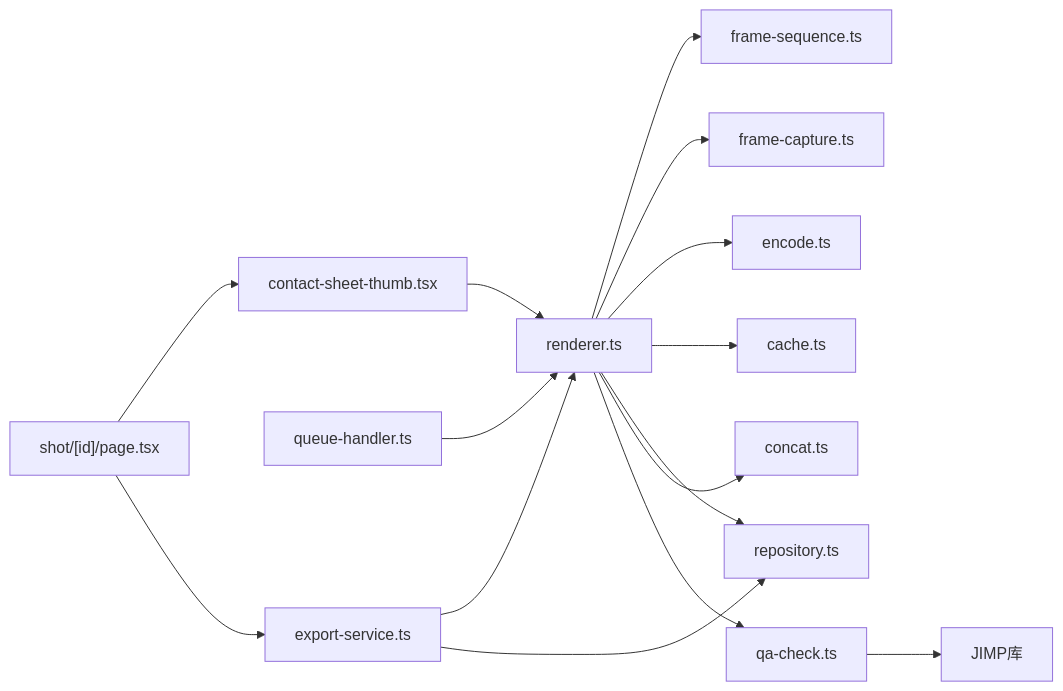
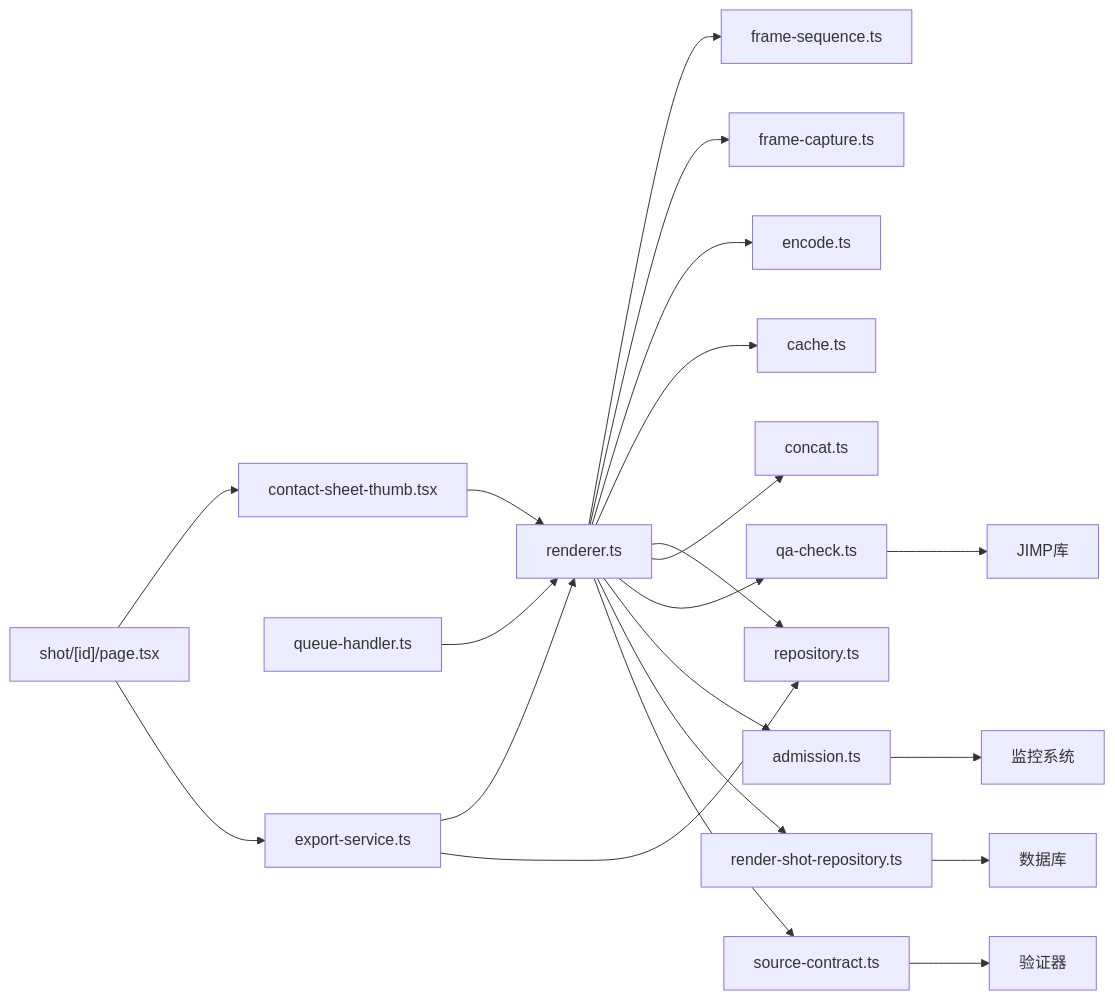
One commit to AIMFllyYS/code-video-canvas changed diagram 27 of 27 in .qoder/repowiki/zh/content/架构设计/核心模块设计/渲染引擎设计/渲染引擎设计.md. Above: the diagram before and after it, drawn with Mermaid. The commit also changed other lines of this file and 44 other files, not shown here.

````diff
--- a/.qoder/repowiki/zh/content/架构设计/核心模块设计/渲染引擎设计/渲染引擎设计.md
+++ b/.qoder/repowiki/zh/content/架构设计/核心模块设计/渲染引擎设计/渲染引擎设计.md
@@ -839,17 +1261,23 @@
 ```mermaid
 graph LR
 R["renderer.ts"] --> FS["frame-sequence.ts"]
 R --> FC["frame-capture.ts"]
 R --> ENC["encode.ts"]
 R --> C["cache.ts"]
 R --> REPO["repository.ts"]
 R --> CAT["concat.ts"]
 R --> QA["qa-check.ts"]
+R --> ADM["admission.ts"]
+R --> RSR["render-shot-repository.ts"]
+R --> SC["source-contract.ts"]
 EXP["export-service.ts"] --> R
 EXP --> REPO
 QH["queue-handler.ts"] --> R
 QA --> JIMP["JIMP库"]
+ADM --> MONITOR["监控系统"]
+RSR --> DB["数据库"]
+SC --> VALIDATOR["验证器"]
 THUMB["contact-sheet-thumb.tsx"] --> R
 SHOT_PAGE["shot/[id]/page.tsx"] --> THUMB
 SHOT_PAGE --> EXP
 ```
````
